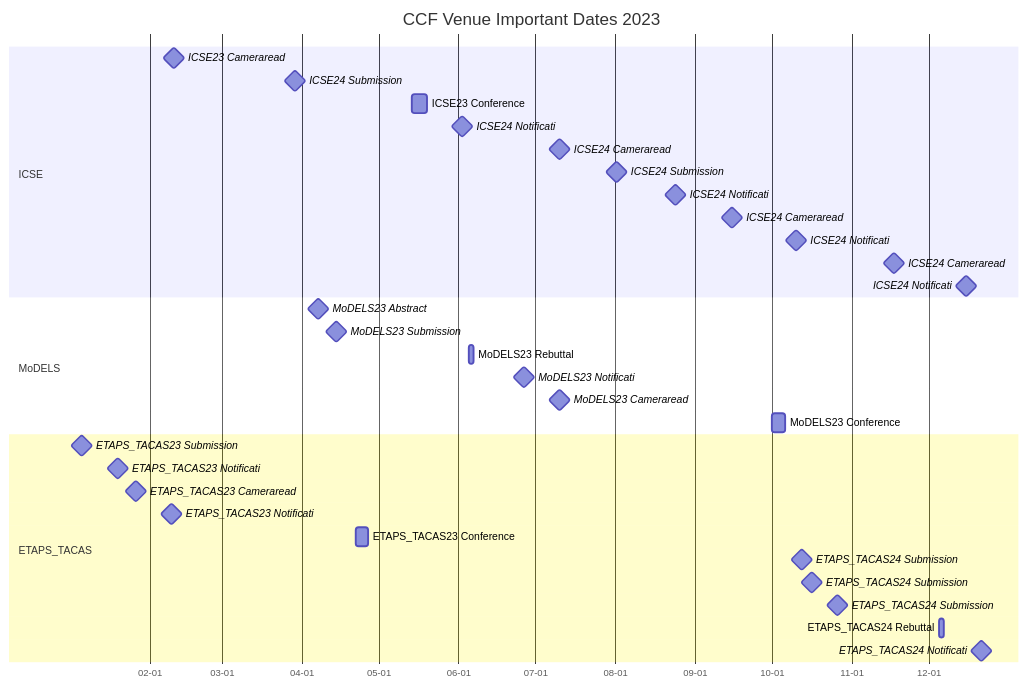
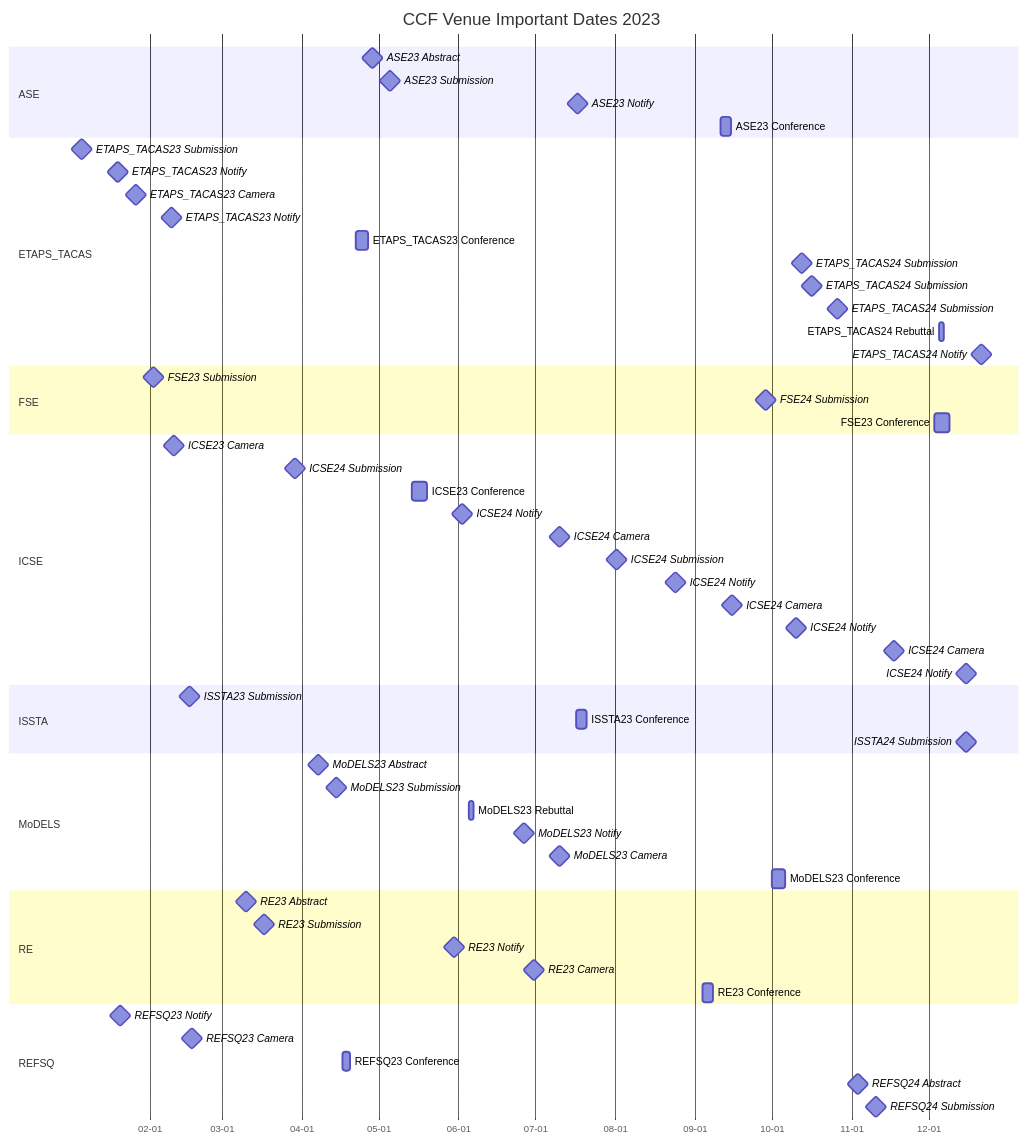
Before and after one commit to HansBug/research_ideas: the sixth of 9 diagrams in ccf_venues/TIMELINE.md, drawn with Mermaid. The commit also changed other lines of this file and 43 other files, not shown here.

````diff
--- a/ccf_venues/TIMELINE.md
+++ b/ccf_venues/TIMELINE.md
@@ -409,40 +610,70 @@
 ```mermaid
 gantt
   title CCF Venue Important Dates 2023
   dateFormat YYYY-MM-DD
   axisFormat %m-%d
 
+  section ASE
+  ASE23 Abstract :milestone, ase_2023_1_20230428, 2023-04-28, 1d
+  ASE23 Submission :milestone, ase_2023_2_20230505, 2023-05-05, 1d
+  ASE23 Notify :milestone, ase_2023_3_20230717, 2023-07-17, 1d
+  ASE23 Conference :ase_2023_4_20230911, 2023-09-11, 2023-09-15
+
+  section ETAPS_TACAS
+  ETAPS_TACAS23 Submission :milestone, etaps_tacas_2023_1_20230105, 2023-01-05, 1d
+  ETAPS_TACAS23 Notify :milestone, etaps_tacas_2023_2_20230119, 2023-01-19, 1d
+  ETAPS_TACAS23 Camera :milestone, etaps_tacas_2023_3_20230126, 2023-01-26, 1d
+  ETAPS_TACAS23 Notify :milestone, etaps_tacas_2023_4_20230209, 2023-02-09, 1d
+  ETAPS_TACAS23 Conference :etaps_tacas_2023_5_20230422, 2023-04-22, 2023-04-27
+  ETAPS_TACAS24 Submission :milestone, etaps_tacas_2023_6_20231012, 2023-10-12, 1d
+  ETAPS_TACAS24 Submission :milestone, etaps_tacas_2023_7_20231016, 2023-10-16, 1d
+  ETAPS_TACAS24 Submission :milestone, etaps_tacas_2023_8_20231026, 2023-10-26, 1d
+  ETAPS_TACAS24 Rebuttal :etaps_tacas_2023_9_20231205, 2023-12-05, 2023-12-07
+  ETAPS_TACAS24 Notify :milestone, etaps_tacas_2023_10_20231221, 2023-12-21, 1d
+
+  section FSE
+  FSE23 Submission :milestone, fse_2023_1_20230202, 2023-02-02, 1d
+  FSE24 Submission :milestone, fse_2023_2_20230928, 2023-09-28, 1d
+  FSE23 Conference :fse_2023_3_20231203, 2023-12-03, 2023-12-09
+
   section ICSE
-  ICSE23 Cameraread :milestone, icse2023_1_20230210, 2023-02-10, 1d
-  ICSE24 Submission :milestone, icse2024_2_20230329, 2023-03-29, 1d
-  ICSE23 Conference :icse2023_3_20230514, 2023-05-14, 2023-05-20
-  ICSE24 Notificati :milestone, icse2024_4_20230602, 2023-06-02, 1d
-  ICSE24 Cameraread :milestone, icse2024_5_20230710, 2023-07-10, 1d
-  ICSE24 Submission :milestone, icse2024_6_20230801, 2023-08-01, 1d
-  ICSE24 Notificati :milestone, icse2024_7_20230824, 2023-08-24, 1d
-  ICSE24 Cameraread :milestone, icse2024_8_20230915, 2023-09-15, 1d
-  ICSE24 Notificati :milestone, icse2024_9_20231010, 2023-10-10, 1d
-  ICSE24 Cameraread :milestone, icse2024_10_20231117, 2023-11-17, 1d
-  ICSE24 Notificati :milestone, icse2024_11_20231215, 2023-12-15, 1d
+  ICSE23 Camera :milestone, icse_2023_1_20230210, 2023-02-10, 1d
+  ICSE24 Submission :milestone, icse_2023_2_20230329, 2023-03-29, 1d
+  ICSE23 Conference :icse_2023_3_20230514, 2023-05-14, 2023-05-20
+  ICSE24 Notify :milestone, icse_2023_4_20230602, 2023-06-02, 1d
+  ICSE24 Camera :milestone, icse_2023_5_20230710, 2023-07-10, 1d
+  ICSE24 Submission :milestone, icse_2023_6_20230801, 2023-08-01, 1d
+  ICSE24 Notify :milestone, icse_2023_7_20230824, 2023-08-24, 1d
+  ICSE24 Camera :milestone, icse_2023_8_20230915, 2023-09-15, 1d
+  ICSE24 Notify :milestone, icse_2023_9_20231010, 2023-10-10, 1d
+  ICSE24 Camera :milestone, icse_2023_10_20231117, 2023-11-17, 1d
+  ICSE24 Notify :milestone, icse_2023_11_20231215, 2023-12-15, 1d
+
+  section ISSTA
+  ISSTA23 Submission :milestone, issta_2023_1_20230216, 2023-02-16, 1d
+  ISSTA23 Conference :issta_2023_2_20230717, 2023-07-17, 2023-07-21
+  ISSTA24 Submission :milestone, issta_2023_3_20231215, 2023-12-15, 1d
 
   section MoDELS
-  MoDELS23 Abstract :milestone, models2023_1_20230407, 2023-04-07, 1d
-  MoDELS23 Submission :milestone, models2023_2_20230414, 2023-04-14, 1d
-  MoDELS23 Rebuttal :models2023_3_20230605, 2023-06-05, 2023-06-07
-  MoDELS23 Notificati :milestone, models2023_4_20230626, 2023-06-26, 1d
-  MoDELS23 Cameraread :milestone, models2023_5_20230710, 2023-07-10, 1d
-  MoDELS23 Conference :models2023_6_20231001, 2023-10-01, 2023-10-06
+  MoDELS23 Abstract :milestone, models_2023_1_20230407, 2023-04-07, 1d
+  MoDELS23 Submission :milestone, models_2023_2_20230414, 2023-04-14, 1d
+  MoDELS23 Rebuttal :models_2023_3_20230605, 2023-06-05, 2023-06-07
+  MoDELS23 Notify :milestone, models_2023_4_20230626, 2023-06-26, 1d
+  MoDELS23 Camera :milestone, models_2023_5_20230710, 2023-07-10, 1d
+  MoDELS23 Conference :models_2023_6_20231001, 2023-10-01, 2023-10-06
 
-  section ETAPS_TACAS
-  ETAPS_TACAS23 Submission :milestone, etaps2023_1_20230105, 2023-01-05, 1d
-  ETAPS_TACAS23 Notificati :milestone, etaps2023_2_20230119, 2023-01-19, 1d
-  ETAPS_TACAS23 Cameraread :milestone, etaps2023_3_20230126, 2023-01-26, 1d
-  ETAPS_TACAS23 Notificati :milestone, etaps2023_4_20230209, 2023-02-09, 1d
-  ETAPS_TACAS23 Conference :etaps2023_5_20230422, 2023-04-22, 2023-04-27
-  ETAPS_TACAS24 Submission :milestone, etaps2024_6_20231012, 2023-10-12, 1d
-  ETAPS_TACAS24 Submission :milestone, etaps2024_7_20231016, 2023-10-16, 1d
-  ETAPS_TACAS24 Submission :milestone, etaps2024_8_20231026, 2023-10-26, 1d
-  ETAPS_TACAS24 Rebuttal :etaps2024_9_20231205, 2023-12-05, 2023-12-07
-  ETAPS_TACAS24 Notificati :milestone, etaps2024_10_20231221, 2023-12-21, 1d
+  section RE
+  RE23 Abstract :milestone, re_2023_1_20230310, 2023-03-10, 1d
+  RE23 Submission :milestone, re_2023_2_20230317, 2023-03-17, 1d
+  RE23 Notify :milestone, re_2023_3_20230530, 2023-05-30, 1d
+  RE23 Camera :milestone, re_2023_4_20230630, 2023-06-30, 1d
+  RE23 Conference :re_2023_5_20230904, 2023-09-04, 2023-09-08
+
+  section REFSQ
+  REFSQ23 Notify :milestone, refsq_2023_1_20230120, 2023-01-20, 1d
+  REFSQ23 Camera :milestone, refsq_2023_2_20230217, 2023-02-17, 1d
+  REFSQ23 Conference :refsq_2023_3_20230417, 2023-04-17, 2023-04-20
+  REFSQ24 Abstract :milestone, refsq_2023_4_20231103, 2023-11-03, 1d
+  REFSQ24 Submission :milestone, refsq_2023_5_20231110, 2023-11-10, 1d
 
 ```
````
